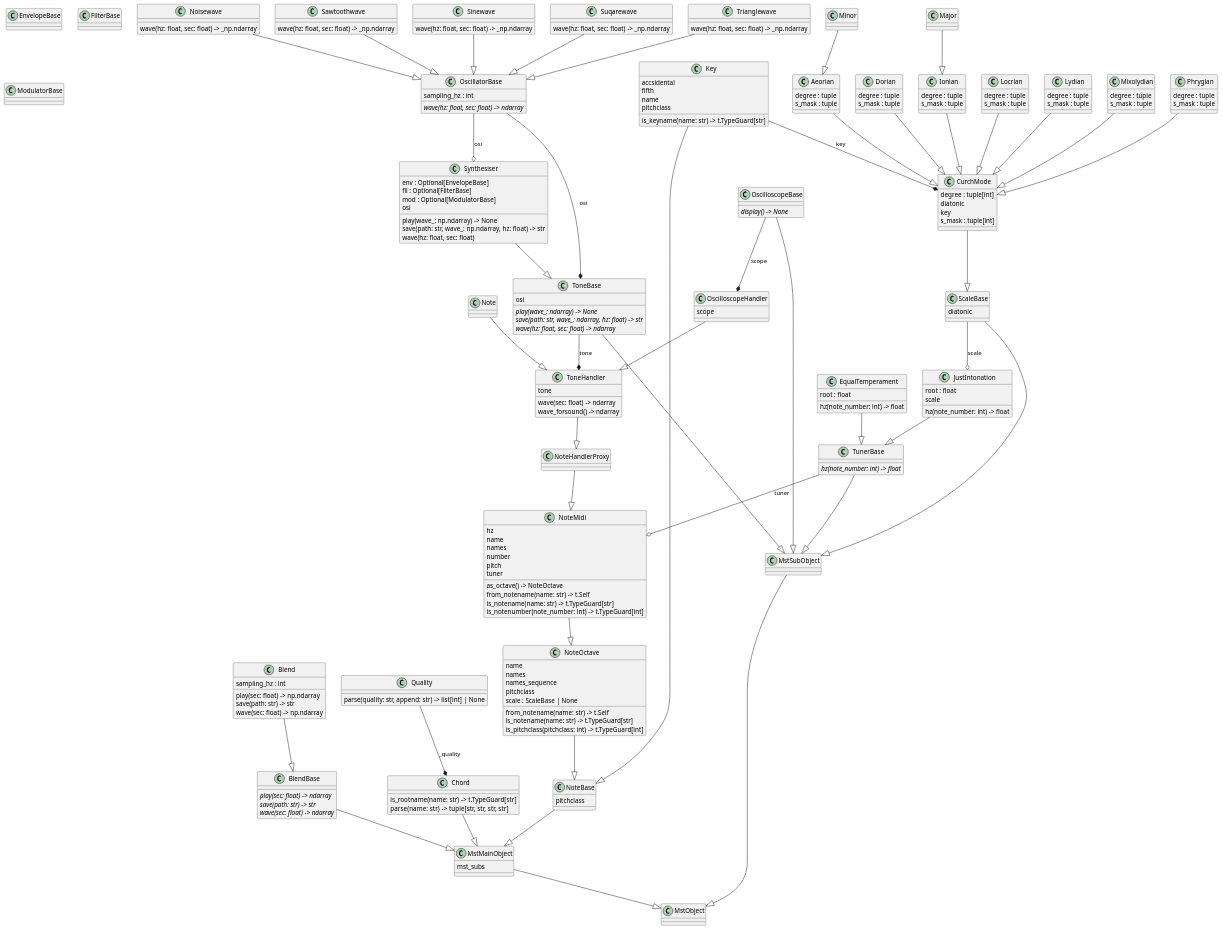
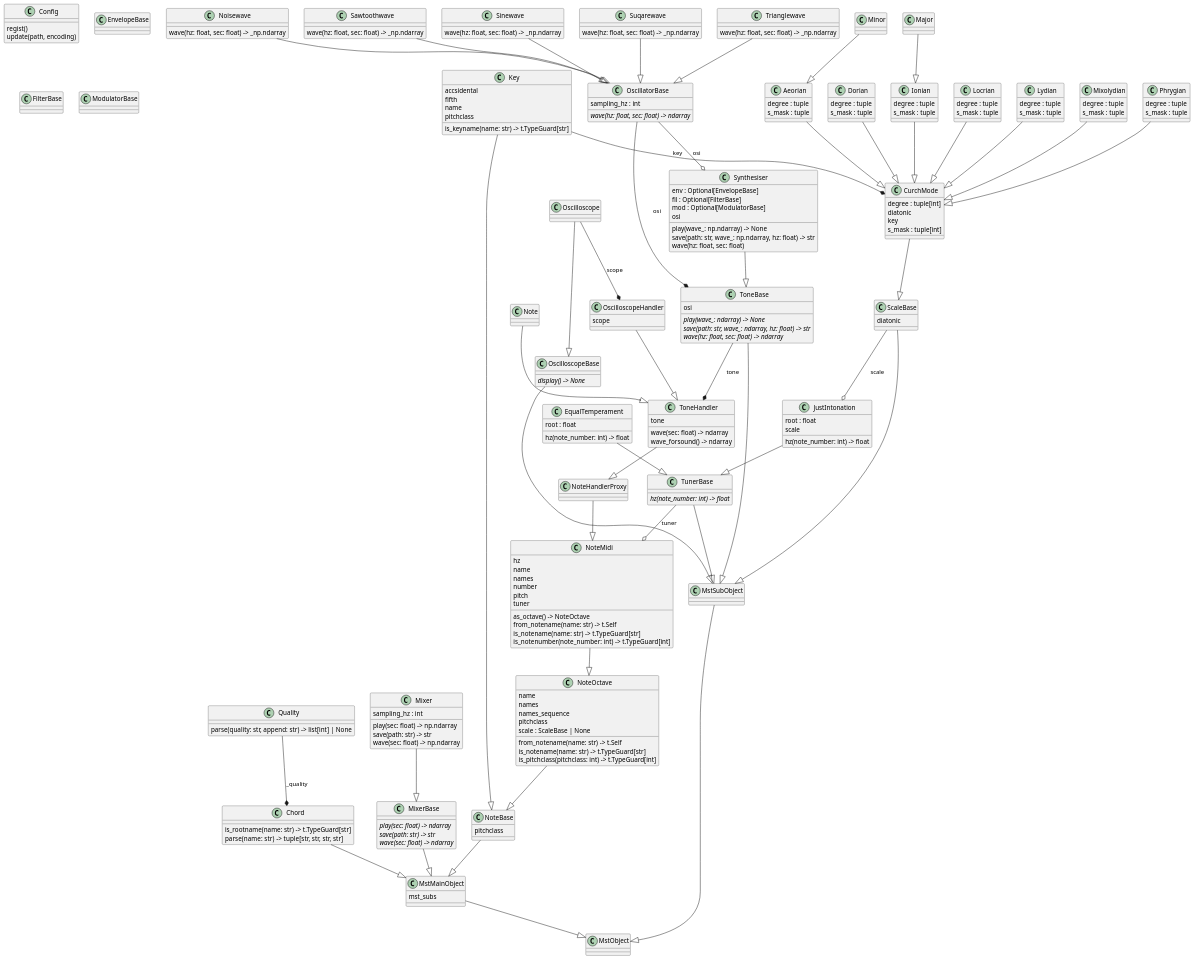
One commit to Oujox/music-theory changed the diagram in .uml/classes_music-theory.puml. Above: the diagram before and after it, drawn with PlantUML. The commit also changed 18 other files, not shown here.

```diff
--- a/.uml/classes_music-theory.puml
+++ b/.uml/classes_music-theory.puml
@@ -4,20 +4,13 @@
   degree : tuple
   s_mask : tuple
 }
-class "Blend" as music_theory.blend.blend.Blend {
-  sampling_hz : int
-  play(sec: float) -> np.ndarray
-  save(path: str) -> str
-  wave(sec: float) -> np.ndarray
-}
-class "BlendBase" as music_theory.blend.abc.BlendBase {
-  {abstract}play(sec: float) -> ndarray
-  {abstract}save(path: str) -> str
-  {abstract}wave(sec: float) -> ndarray
-}
 class "Chord" as music_theory.chord.chord.Chord {
   is_rootname(name: str) -> t.TypeGuard[str]
   parse(name: str) -> tuple[str, str, str, str]
+}
+class "Config" as music_theory.config.Config {
+  regist()
+  update(path, encoding)
 }
 class "CurchMode" as music_theory.note.scale.CurchMode {
   degree : tuple[int]
@@ -65,6 +58,17 @@
 }
 class "Minor" as music_theory.note.scale.Minor {
 }
+class "Mixer" as music_theory.mixer.mixer.Mixer {
+  sampling_hz : int
+  play(sec: float) -> np.ndarray
+  save(path: str) -> str
+  wave(sec: float) -> np.ndarray
+}
+class "MixerBase" as music_theory.mixer.abc.MixerBase {
+  {abstract}play(sec: float) -> ndarray
+  {abstract}save(path: str) -> str
+  {abstract}wave(sec: float) -> ndarray
+}
 class "Mixolydian" as music_theory.note.scale.Mixolydian {
   degree : tuple
   s_mask : tuple
@@ -81,7 +85,7 @@
 class "Noisewave" as music_theory.tone.oscillator.Noisewave {
   wave(hz: float, sec: float) -> _np.ndarray
 }
-class "Note" as music_theory.note_derived.Note {
+class "Note" as music_theory.derived.Note {
 }
 class "NoteBase" as music_theory.note.abc.NoteBase {
   pitchclass
@@ -113,6 +117,8 @@
 class "OscillatorBase" as music_theory.tone.abc.OscillatorBase {
   sampling_hz : int
   {abstract}wave(hz: float, sec: float) -> ndarray
+}
+class "Oscilloscope" as music_theory.oscilloscope.scope.Oscilloscope {
 }
 class "OscilloscopeBase" as music_theory.oscilloscope.abc.OscilloscopeBase {
   {abstract}display() -> None
@@ -165,9 +171,10 @@
 class "TunerBase" as music_theory.note.abc.TunerBase {
   {abstract}hz(note_number: int) -> float
 }
-music_theory.blend.abc.BlendBase --|> music_theory.mstobject.MstMainObject
-music_theory.blend.blend.Blend --|> music_theory.blend.abc.BlendBase
 music_theory.chord.chord.Chord --|> music_theory.mstobject.MstMainObject
+music_theory.derived.Note --|> music_theory.tone.handler.ToneHandler
+music_theory.mixer.abc.MixerBase --|> music_theory.mstobject.MstMainObject
+music_theory.mixer.mixer.Mixer --|> music_theory.mixer.abc.MixerBase
 music_theory.mstobject.MstMainObject --|> music_theory.mstobject.MstObject
 music_theory.mstobject.MstSubObject --|> music_theory.mstobject.MstObject
 music_theory.note.abc.NoteBase --|> music_theory.mstobject.MstMainObject
@@ -189,9 +196,9 @@
 music_theory.note.scale.Phrygian --|> music_theory.note.scale.CurchMode
 music_theory.note.tuner.EqualTemperament --|> music_theory.note.abc.TunerBase
 music_theory.note.tuner.JustIntonation --|> music_theory.note.abc.TunerBase
-music_theory.note_derived.Note --|> music_theory.tone.handler.ToneHandler
 music_theory.oscilloscope.abc.OscilloscopeBase --|> music_theory.mstobject.MstSubObject
 music_theory.oscilloscope.handler.OscilloscopeHandler --|> music_theory.tone.handler.ToneHandler
+music_theory.oscilloscope.scope.Oscilloscope --|> music_theory.oscilloscope.abc.OscilloscopeBase
 music_theory.tone.abc.ToneBase --|> music_theory.mstobject.MstSubObject
 music_theory.tone.handler.ToneHandler --|> music_theory.note.handler.NoteHandlerProxy
 music_theory.tone.oscillator.Noisewave --|> music_theory.tone.abc.OscillatorBase
@@ -202,7 +209,7 @@
 music_theory.tone.synthesiser.Synthesiser --|> music_theory.tone.abc.ToneBase
 music_theory.chord.quality.Quality --* music_theory.chord.chord.Chord : _quality
 music_theory.note.key.Key --* music_theory.note.scale.CurchMode : key
-music_theory.oscilloscope.abc.OscilloscopeBase --* music_theory.oscilloscope.handler.OscilloscopeHandler : scope
+music_theory.oscilloscope.scope.Oscilloscope --* music_theory.oscilloscope.handler.OscilloscopeHandler : scope
 music_theory.tone.abc.OscillatorBase --* music_theory.tone.abc.ToneBase : osi
 music_theory.tone.abc.ToneBase --* music_theory.tone.handler.ToneHandler : tone
 music_theory.note.abc.ScaleBase --o music_theory.note.tuner.JustIntonation : scale
```
